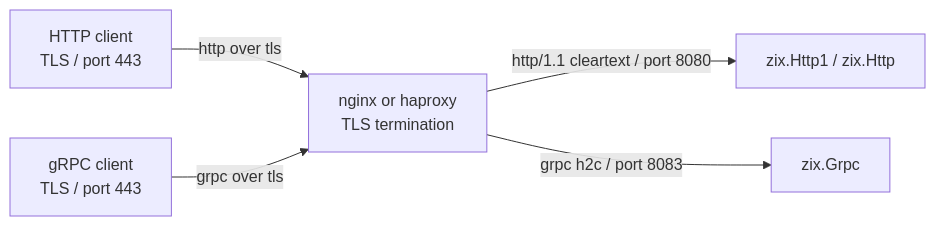
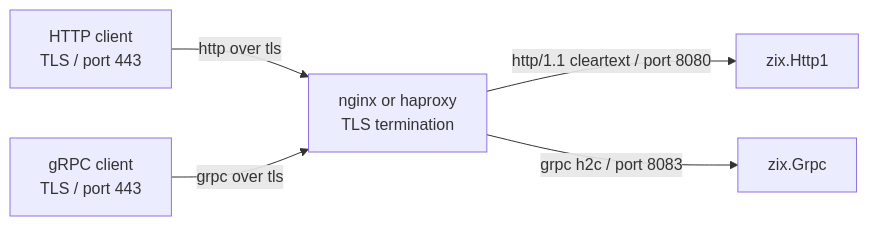
Before and after one commit to prothegee/zix: the diagram in docs/hld-proxy-en.md, drawn with Mermaid. The commit also changed other lines of this file and 39 other files, not shown here.

First line of the commit message:
remove zix.Http from the docs

````diff
--- a/docs/hld-proxy-en.md
+++ b/docs/hld-proxy-en.md
@@ -7,7 +7,7 @@
 ```mermaid
 graph LR
     H[HTTP client<br/>TLS / port 443] -->|http over tls| PN[nginx or haproxy<br/>TLS termination]
     G[gRPC client<br/>TLS / port 443] -->|grpc over tls| PN
-    PN -->|http/1.1 cleartext / port 8080| ZH[zix.Http1 / zix.Http]
+    PN -->|http/1.1 cleartext / port 8080| ZH[zix.Http1]
     PN -->|grpc h2c / port 8083| ZG[zix.Grpc]
 ```
````
